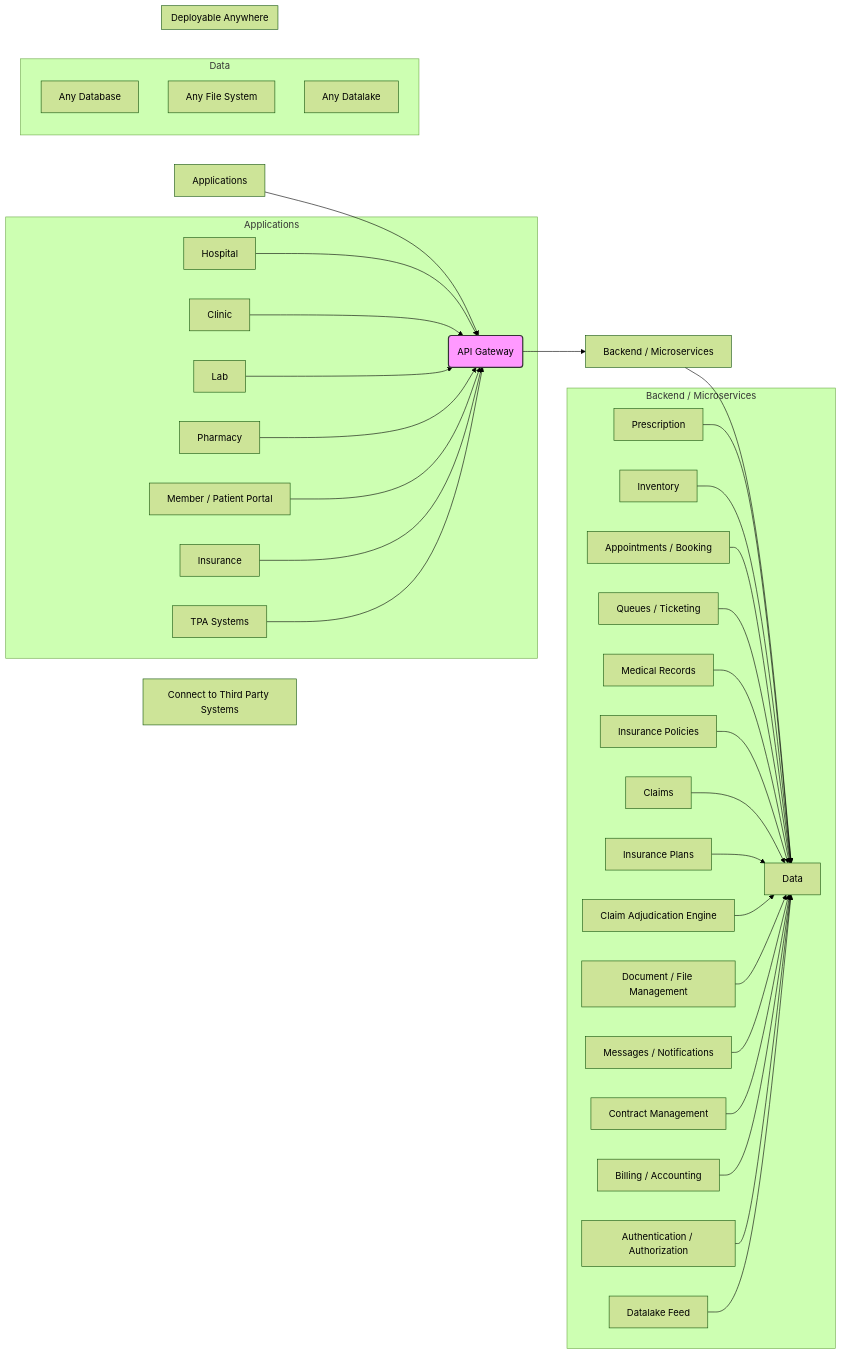
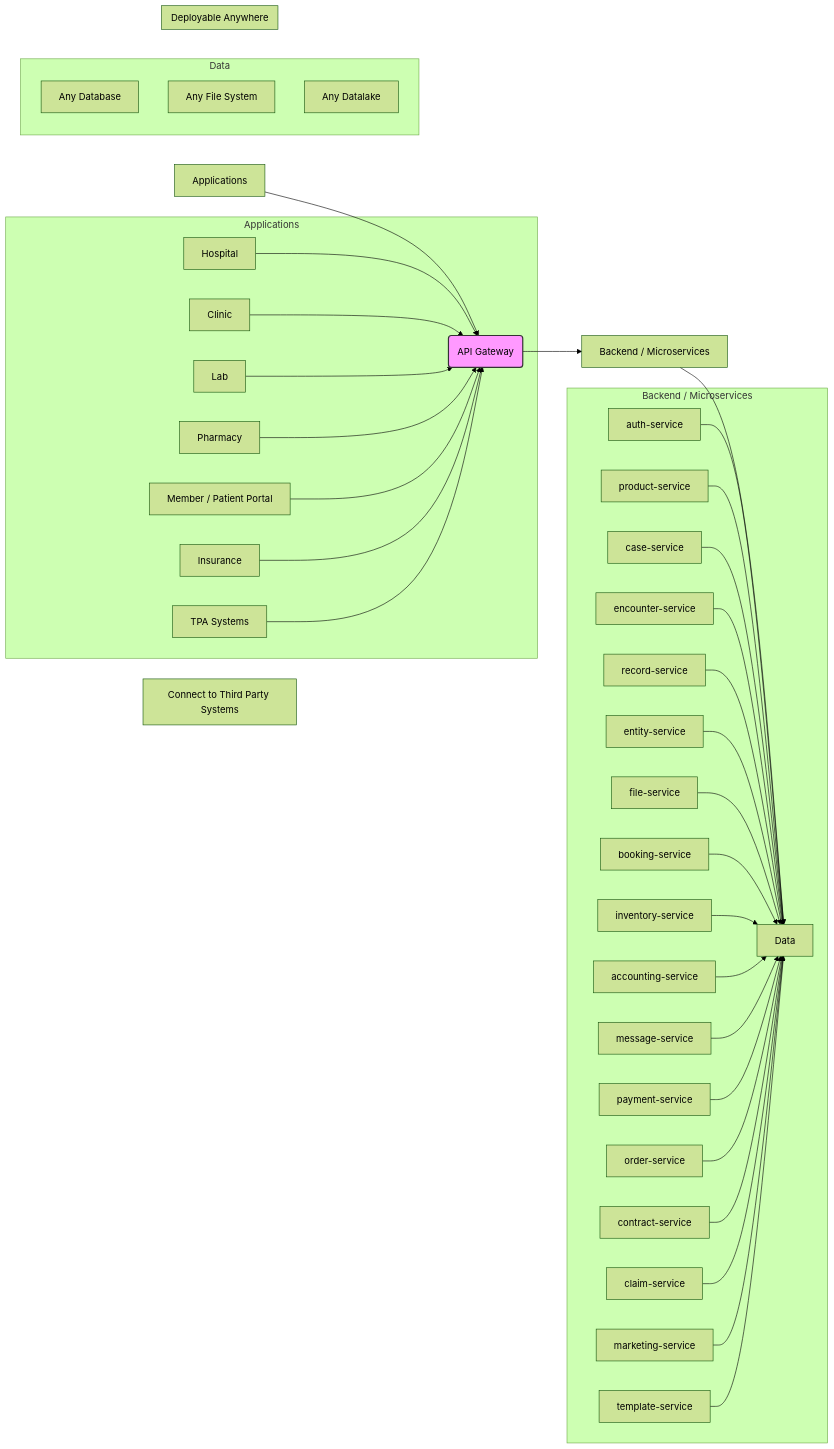
The first of 2 diagrams in INTEGRATION.md (mazecare/.github), drawn with Mermaid (forest theme) before and after one commit.

````diff
--- a/INTEGRATION.md
+++ b/INTEGRATION.md
@@ -33,69 +33,73 @@
 ```mermaid
 graph LR
     A[Applications] --> B(API Gateway);
     B --> C[Backend / Microservices];
     C --> D[Data];
 
     subgraph Applications
         A1[Hospital]
         A2[Clinic]
         A3[Lab]
         A4[Pharmacy]
         A5[Member / Patient Portal]
         A6[Insurance]
         A7[TPA Systems]
         A1 --> B;
         A2 --> B;
         A3 --> B;
         A4 --> B;
         A5 --> B;
         A6 --> B;
         A7 --> B;
     end
 
     subgraph Backend / Microservices
-        C1[Prescription]
-        C2[Inventory]
-        C3[Appointments / Booking]
-        C4[Queues / Ticketing]
-        C5[Medical Records]
-        C6[Insurance Policies]
-        C7[Claims]
-        C8[Insurance Plans]
-        C9[Claim Adjudication Engine]
-        C10[Document / File Management]
-        C11[Messages / Notifications]
-        C12[Contract Management]
-        C13[Billing / Accounting]
-        C14[Authentication / Authorization]
-        C15[Datalake Feed]
+        C1[auth-service]
+        C2[product-service]
+        C3[case-service]
+        C4[encounter-service]
+        C5[record-service]
+        C6[entity-service]
+        C7[file-service]
+        C8[booking-service]
+        C9[inventory-service]
+        C10[accounting-service]
+        C11[message-service]
+        C12[payment-service]
+        C13[order-service]
+        C14[contract-service]
+        C15[claim-service]
+        C16[marketing-service]
+        C17[template-service]
         C1 --> D;
         C2 --> D;
         C3 --> D;
         C4 --> D;
         C5 --> D;
         C6 --> D;
         C7 --> D;
         C8 --> D;
         C9 --> D;
         C10 --> D;
         C11 --> D;
         C12 --> D;
         C13 --> D;
         C14 --> D;
         C15 --> D;
+        C16 --> D;
+        C17 --> D;
     end
 
     subgraph Data
         D1[Any Database]
         D2[Any File System]
         D3[Any Datalake]
     end
 
     subgraph "Deployable Anywhere"
         B
     end
 
     E[Connect to Third Party Systems]
     style B fill:#f9f,stroke:#333,stroke-width:2px;
 ```
````
